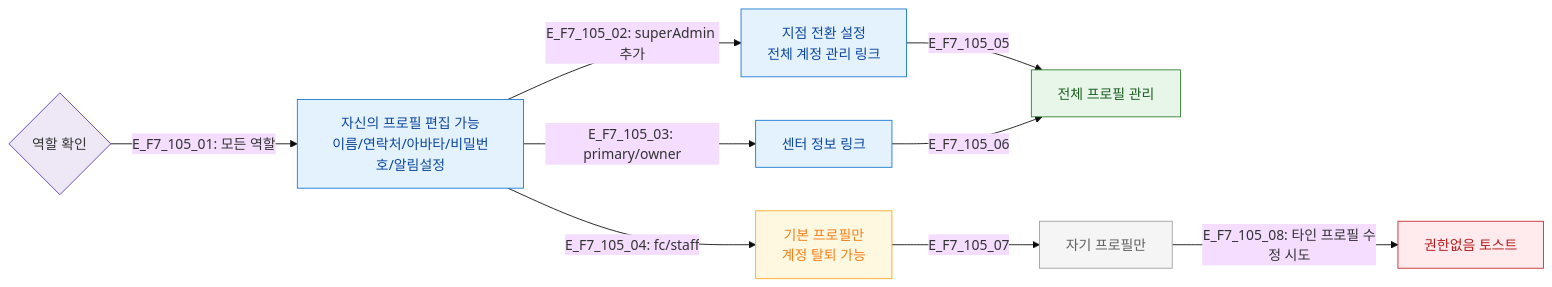
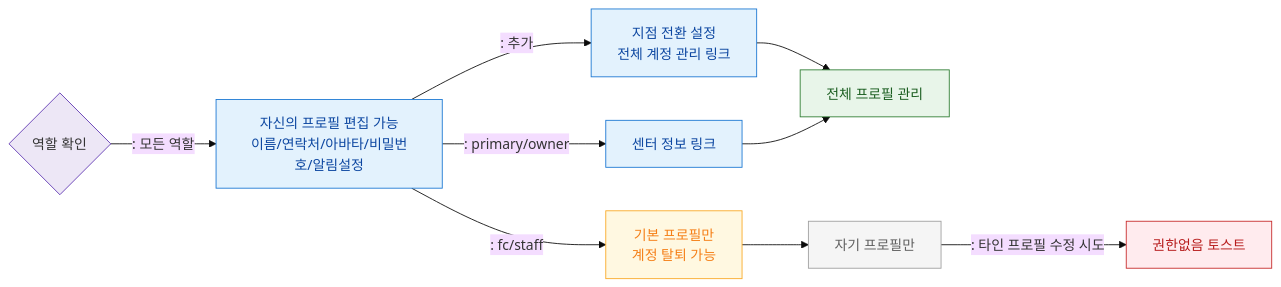
One commit to dev-spogym/admin-pando changed the diagram in docs/다이어그램/D01_공통/SCR-105_프로필_계정/F7_권한.md. Above: the diagram before and after it, drawn with Mermaid (base theme). The commit also changed other lines of this file and 1660 other files, not shown here.

First line of the commit message:
다이어그램: 기획자/클라이언트 납품본으로 정리

````diff
--- a/docs/다이어그램/D01_공통/SCR-105_프로필_계정/F7_권한.md
+++ b/docs/다이어그램/D01_공통/SCR-105_프로필_계정/F7_권한.md
@@ -19,29 +17,29 @@
 ```mermaid
 flowchart LR
     ROLE{역할 확인}
 
-    ROLE -->|"E_F7_105_01: 모든 역할"| ALL[자신의 프로필 편집 가능\n이름/연락처/아바타/비밀번호/알림설정]
+    ROLE -->|": 모든 역할"|ALL[자신의 프로필 편집 가능\n이름/연락처/아바타/비밀번호/알림설정]
 
-    ALL -->|"E_F7_105_02: superAdmin 추가"| SA_EXTRA[지점 전환 설정\n전체 계정 관리 링크]
-    ALL -->|"E_F7_105_03: primary/owner"| OW_EXTRA[센터 정보 링크]
-    ALL -->|"E_F7_105_04: fc/staff"| LIMITED[기본 프로필만\n계정 탈퇴 가능]
+    ALL -->|": 추가"|SA_EXTRA[지점 전환 설정\n전체 계정 관리 링크]
+    ALL -->|": primary/owner"|OW_EXTRA[센터 정보 링크]
+    ALL -->|": fc/staff"|LIMITED[기본 프로필만\n계정 탈퇴 가능]
 
-    SA_EXTRA -->|E_F7_105_05| ACT_FULL[전체 프로필 관리]
-    OW_EXTRA -->|E_F7_105_06| ACT_FULL
-    LIMITED -->|E_F7_105_07| ACT_SELF[자기 프로필만]
+    SA_EXTRA --> ACT_FULL[전체 프로필 관리]
+    OW_EXTRA --> ACT_FULL
+    LIMITED --> ACT_SELF[자기 프로필만]
 
-    ACT_SELF -->|"E_F7_105_08: 타인 프로필 수정 시도"| BLOCKED[권한없음 토스트]
+    ACT_SELF -->|": 타인 프로필 수정 시도"|BLOCKED[권한없음 토스트]
 
-    classDef screen      fill:#E3F2FD,stroke:#1976D2,color:#0D47A1
-    classDef success     fill:#E8F5E9,stroke:#2E7D32,color:#1B5E20
-    classDef warning     fill:#FFF8E1,stroke:#F9A825,color:#F57F17
-    classDef error       fill:#FFEBEE,stroke:#C62828,color:#B71C1C
+    classDef screen fill:#E3F2FD,stroke:#1976D2,color:#0D47A1
+    classDef success fill:#E8F5E9,stroke:#2E7D32,color:#1B5E20
+    classDef warning fill:#FFF8E1,stroke:#F9A825,color:#F57F17
+    classDef error fill:#FFEBEE,stroke:#C62828,color:#B71C1C
     classDef rbacBlocked fill:#F5F5F5,stroke:#9E9E9E,color:#616161
-    classDef system      fill:#EDE7F6,stroke:#5E35B2
+    classDef system fill:#EDE7F6,stroke:#5E35B2
     class ALL,SA_EXTRA,OW_EXTRA screen
     class LIMITED warning
     class ACT_FULL success
     class ACT_SELF rbacBlocked
     class BLOCKED error
     class ROLE system
 ```
````
